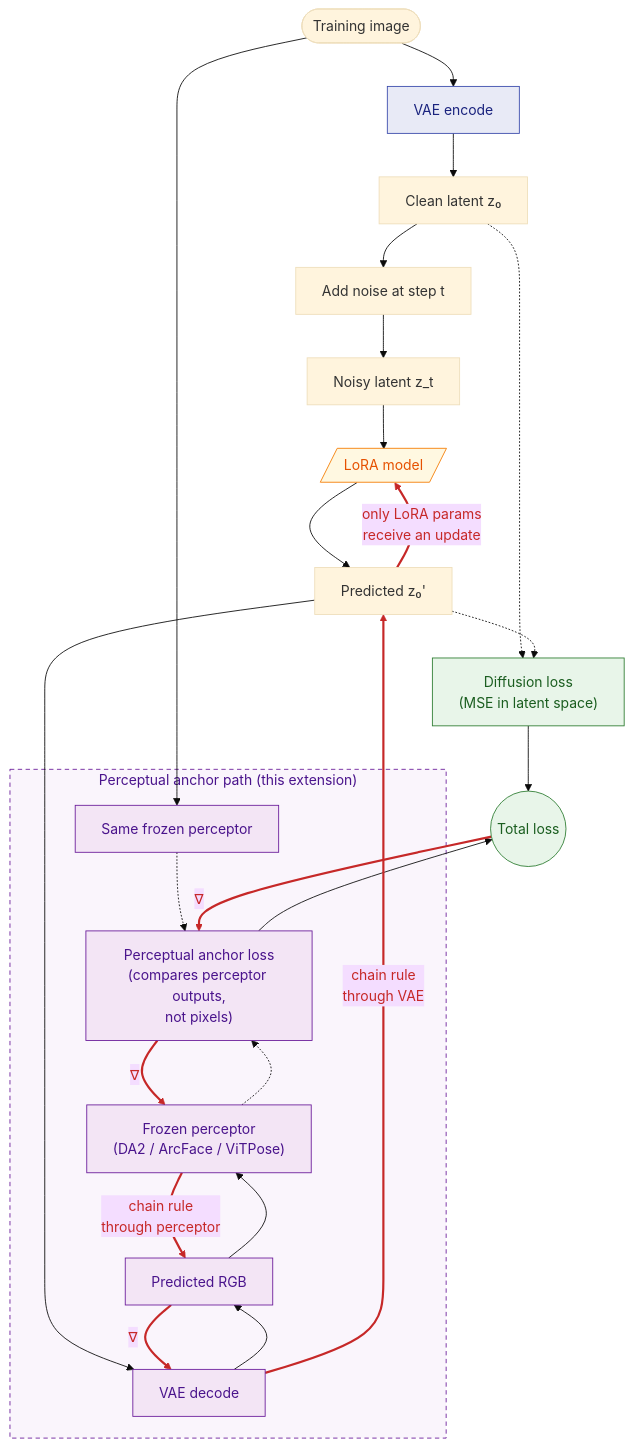
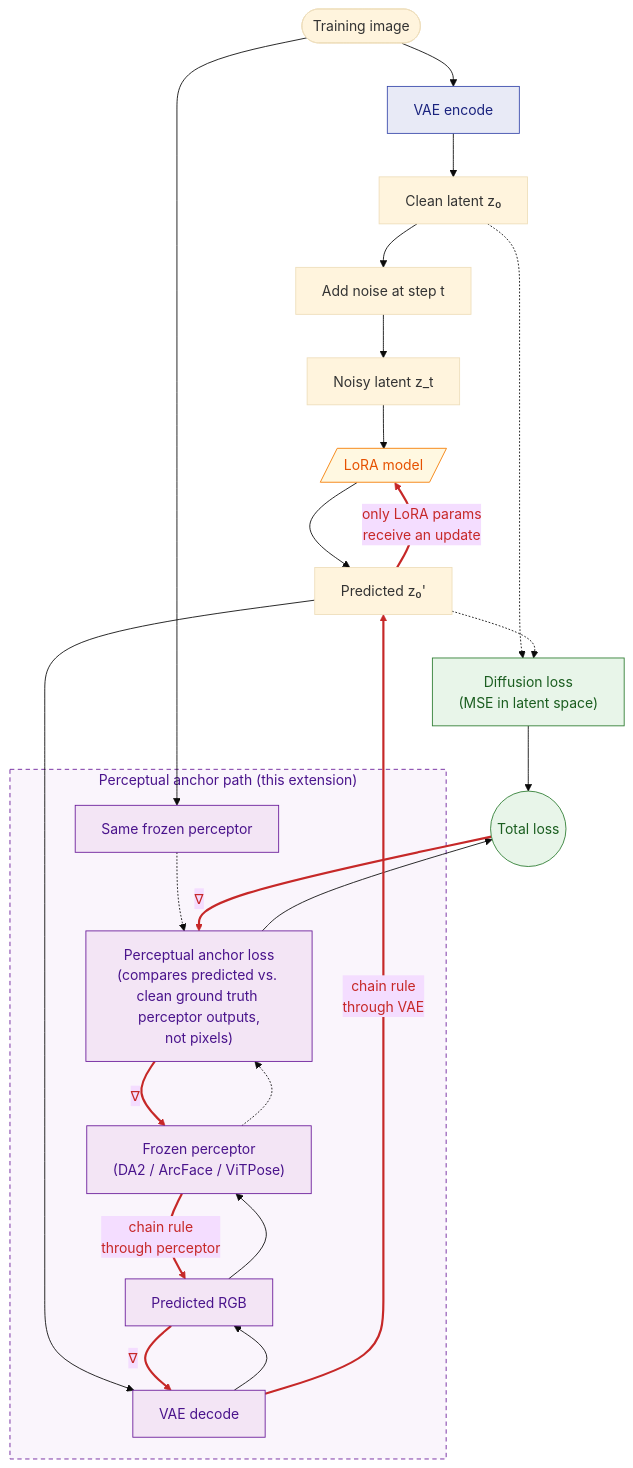
One commit to BuffaloBuffaloBuffaloBuffalo/ai-toolkit-perceptual changed the diagram in README.md. Above: the diagram before and after it, drawn with Mermaid (base theme).

Commit message:
README: clarify anchor loss label as predicted vs. GT perceptor outputs

````diff
--- a/README.md
+++ b/README.md
@@ -27,53 +27,53 @@
 ```mermaid
 flowchart TD
     GT([Training image])
     GT --> Encode[VAE encode]
     Encode --> Z0[Clean latent z₀]
     Z0 --> Noise[Add noise at step t]
     Noise --> Zt[Noisy latent z_t]
     Zt --> Model[/LoRA model/]
     Model --> Zhat[Predicted z₀']
 
     Z0 -.-> Diff["Diffusion loss<br/>(MSE in latent space)"]
     Zhat -.-> Diff
 
     subgraph Perceptual["Perceptual anchor path (this extension)"]
         Decode[VAE decode]
         RGBp[Predicted RGB]
         Pp["Frozen perceptor<br/>(DA2 / ArcFace / ViTPose)"]
         Pg[Same frozen perceptor]
-        Anchor["Perceptual anchor loss<br/>(compares perceptor outputs,<br/>not pixels)"]
+        Anchor["Perceptual anchor loss<br/>(compares predicted vs. clean ground truth perceptor outputs,<br/>not pixels)"]
     end
 
     Zhat --> Decode
     Decode --> RGBp
     RGBp --> Pp
     GT --> Pg
     Pp -.-> Anchor
     Pg -.-> Anchor
 
     Diff --> Total((Total loss))
     Anchor --> Total
 
     %% Backward / gradient flow — explicit chain back through every frozen module
     Total ==>|"∇"| Anchor
     Anchor ==>|"∇"| Pp
     Pp ==>|"chain rule<br/>through perceptor"| RGBp
     RGBp ==>|"∇"| Decode
     Decode ==>|"chain rule<br/>through VAE"| Zhat
     Zhat ==>|"only LoRA params<br/>receive an update"| Model
 
     classDef frozen fill:#e8eaf6,stroke:#3949ab,color:#1a237e
     classDef trainable fill:#fff8e1,stroke:#f57c00,color:#e65100
     classDef loss fill:#e8f5e9,stroke:#2e7d32,color:#1b5e20
     classDef anchor fill:#f3e5f5,stroke:#6a1b9a,color:#4a148c
 
     class Encode frozen
     class Model trainable
     class Diff,Total loss
     class Decode,RGBp,Pp,Pg,Anchor anchor
     style Perceptual fill:#faf5fc,stroke:#6a1b9a,stroke-dasharray:5 4,color:#4a148c
 
     %% Backward arrows in red so they're distinct from the forward pass
     linkStyle 16,17,18,19,20,21 stroke:#c62828,stroke-width:2.5px,color:#c62828
 ```
````
